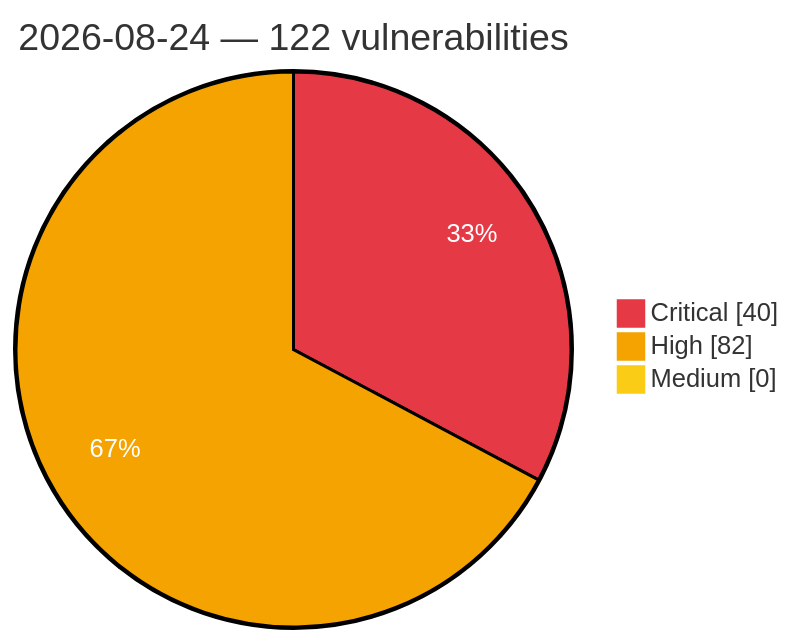
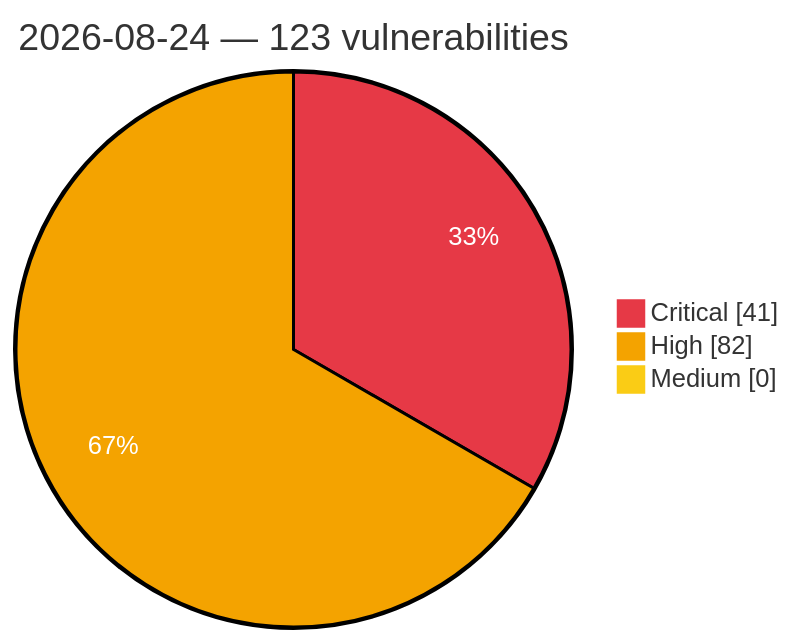
One commit to GhostX0X/vuln-tracker changed the diagram in vulnerabilities/2026/August/2026-08-24.md. Above: the diagram before and after it, drawn with Mermaid. The commit also changed other lines of this file and 5 other files, not shown here.

````diff
--- a/vulnerabilities/2026/August/2026-08-24.md
+++ b/vulnerabilities/2026/August/2026-08-24.md
@@ -3,8 +3,8 @@
 ```mermaid
 %%{init: {'theme':'base', 'themeVariables': {'pie1':'#e63946', 'pie2':'#f4a300', 'pie3':'#facc15', 'pieOpacity':'1', 'pieOuterStrokeWidth':'2px', 'pieSectionTextColor':'#ffffff'}}}%%
 pie showData
-    title 2026-08-24 — 122 vulnerabilities
-    "Critical" : 40
+    title 2026-08-24 — 123 vulnerabilities
+    "Critical" : 41
     "High" : 82
     "Medium" : 0
 ```
````
